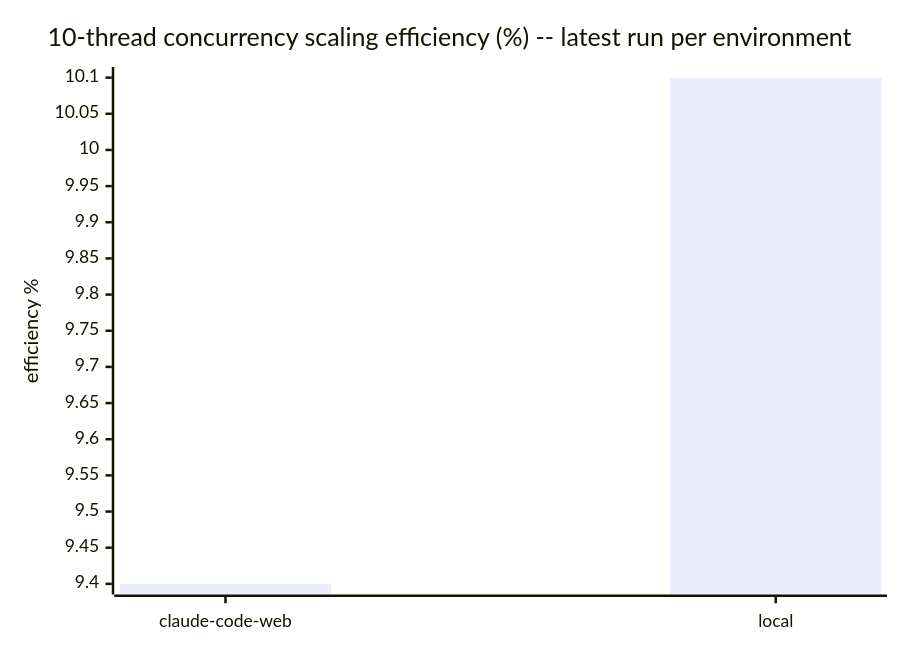
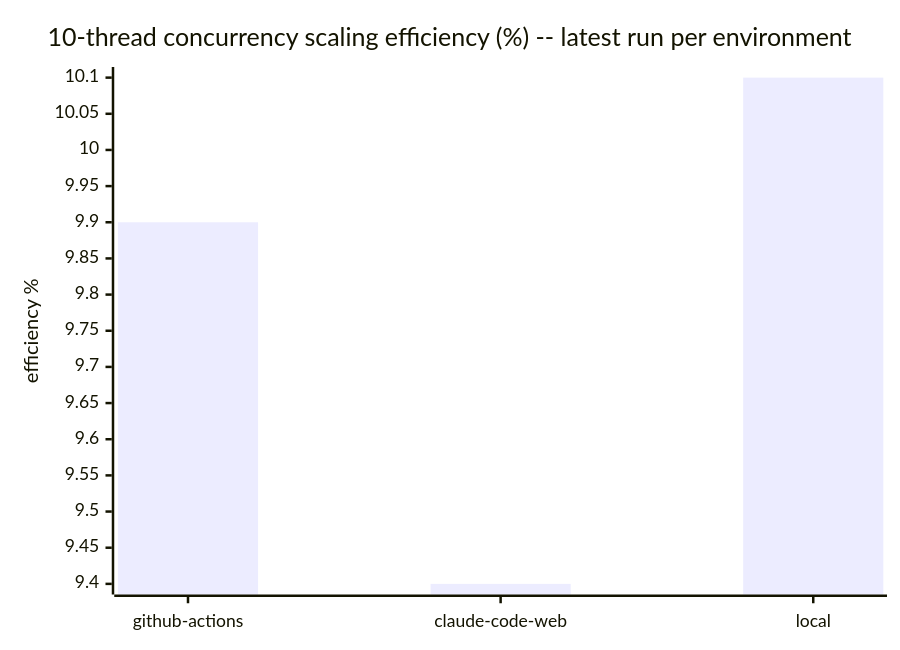
Before and after one commit to cpb/duckling: the second of 2 diagrams in docs/benchmarks/README.md, drawn with Mermaid. The commit also changed other lines of this file and 1 other file, not shown here.

Commit message:
Record github-actions benchmark results for 0.2.0

````diff
--- a/docs/benchmarks/README.md
+++ b/docs/benchmarks/README.md
@@ -61,7 +77,7 @@
 ```mermaid
 xychart-beta
     title "10-thread concurrency scaling efficiency (%) -- latest run per environment"
-    x-axis [claude-code-web, local]
+    x-axis [github-actions, claude-code-web, local]
     y-axis "efficiency %"
-    bar "efficiency_pct" [9.4, 10.1]
+    bar "efficiency_pct" [9.9, 9.4, 10.1]
 ```
````
